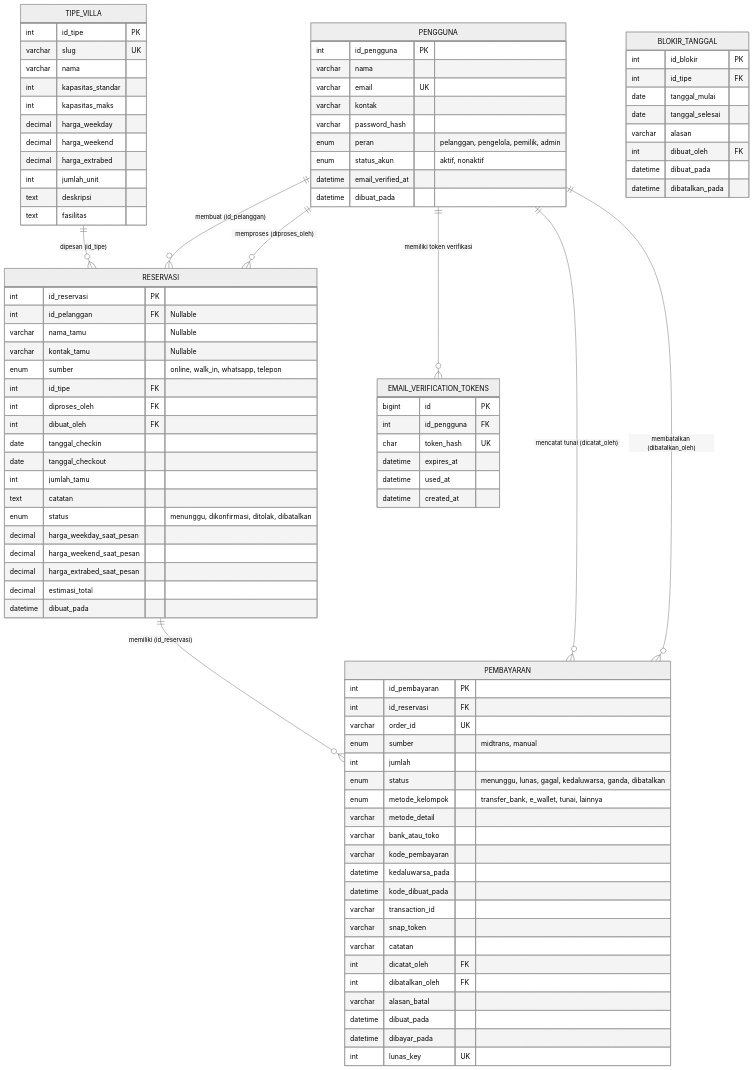
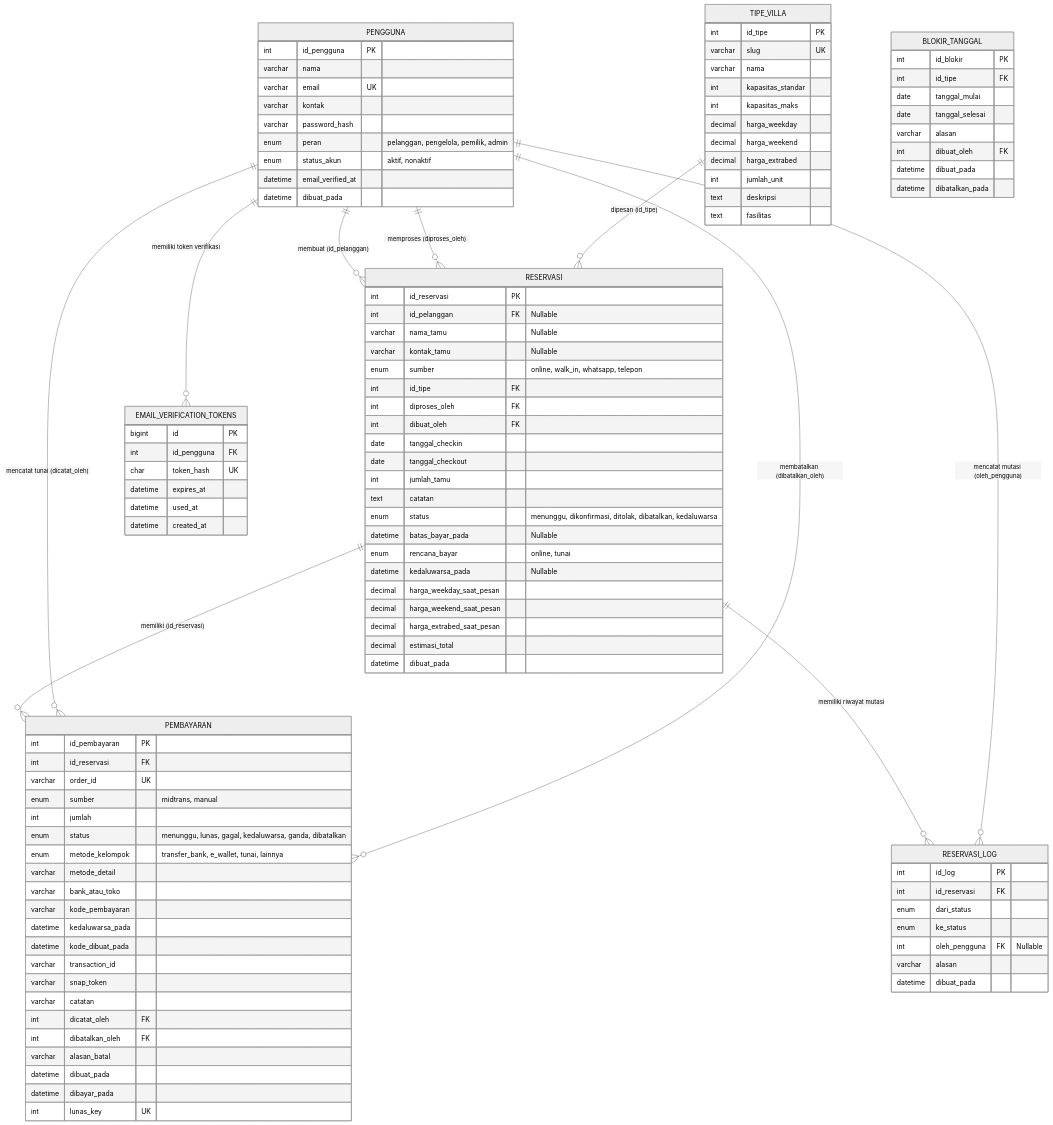
One commit to farhan123853/Proyek3 changed the diagram in docs/STRUKTUR_DATABASE.md. Above: the diagram before and after it, drawn with Mermaid (neutral theme). The commit also changed 4 other files, not shown here.

First line of the commit message:
docs & test: pengujian otomatis dan penyelarasan dokumen batas bayar dan kedaluwarsa (T-84 s.d. T-96)

```diff
--- a/docs/STRUKTUR_DATABASE.md
+++ b/docs/STRUKTUR_DATABASE.md
@@ -13,6 +13,8 @@
     PENGGUNA ||--o{ EMAIL_VERIFICATION_TOKENS : "memiliki token verifikasi"
     TIPE_VILLA ||--o{ RESERVASI : "dipesan (id_tipe)"
     RESERVASI ||--o{ PEMBAYARAN : "memiliki (id_reservasi)"
+    RESERVASI ||--o{ RESERVASI_LOG : "memiliki riwayat mutasi"
+    PENGGUNA ||--o{ RESERVASI_LOG : "mencatat mutasi (oleh_pengguna)"
     PENGGUNA ||--o{ PEMBAYARAN : "mencatat tunai (dicatat_oleh)"
     PENGGUNA ||--o{ PEMBAYARAN : "membatalkan (dibatalkan_oleh)"
 
@@ -64,7 +66,10 @@
         date tanggal_checkout
         int jumlah_tamu
         text catatan
-        enum status "menunggu, dikonfirmasi, ditolak, dibatalkan"
+        enum status "menunggu, dikonfirmasi, ditolak, dibatalkan, kedaluwarsa"
+        datetime batas_bayar_pada "Nullable"
+        enum rencana_bayar "online, tunai"
+        datetime kedaluwarsa_pada "Nullable"
         decimal harga_weekday_saat_pesan
         decimal harga_weekend_saat_pesan
         decimal harga_extrabed_saat_pesan
@@ -81,6 +86,16 @@
         int dibuat_oleh FK
         datetime dibuat_pada
         datetime dibatalkan_pada
+    }
+
+    RESERVASI_LOG {
+        int id_log PK
+        int id_reservasi FK
+        enum dari_status
+        enum ke_status
+        int oleh_pengguna FK "Nullable"
+        varchar alasan
+        datetime dibuat_pada
     }
 
     PEMBAYARAN {
```
